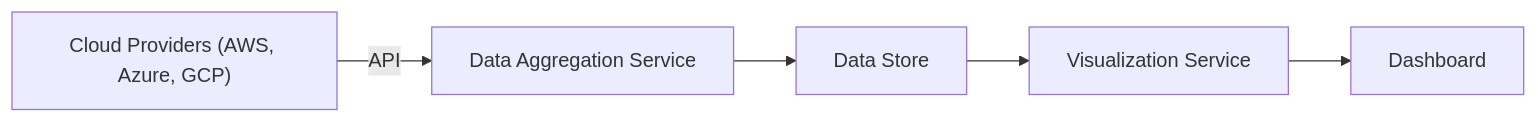
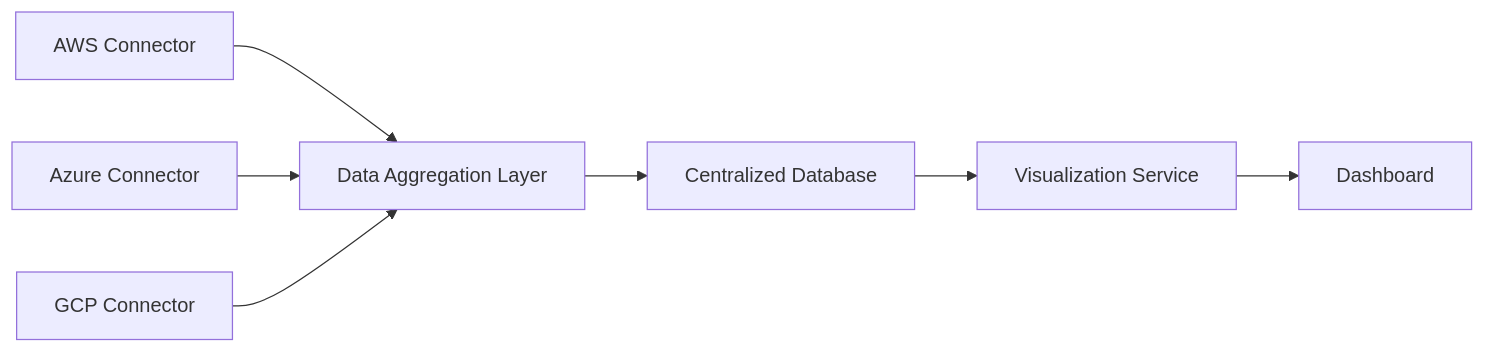
The diagram in HLD/QE-3969_HLD.md (Davamani-git/APB_Demo), drawn with Mermaid before and after one commit. The commit also changed other lines of this file and 3 other files, not shown here.

````diff
--- a/HLD/QE-3969_HLD.md
+++ b/HLD/QE-3969_HLD.md
@@ -4,12 +4,16 @@
 ```mermaid
 flowchart LR
-    CP["Cloud Providers (AWS, Azure, GCP)"]
-    DAS["Data Aggregation Service"]
-    DS["Data Store"]
-    VS["Visualization Service"]
-    D["Dashboard"]
-    CP -- API --> DAS
-    DAS --> DS
-    DS --> VS
-    VS --> D
+    A["AWS Connector"]
+    B["Azure Connector"]
+    C["GCP Connector"]
+    D["Data Aggregation Layer"]
+    E["Centralized Database"]
+    F["Visualization Service"]
+    G["Dashboard"]
+    A --> D
+    B --> D
+    C --> D
+    D --> E
+    E --> F
+    F --> G
 ```
````
